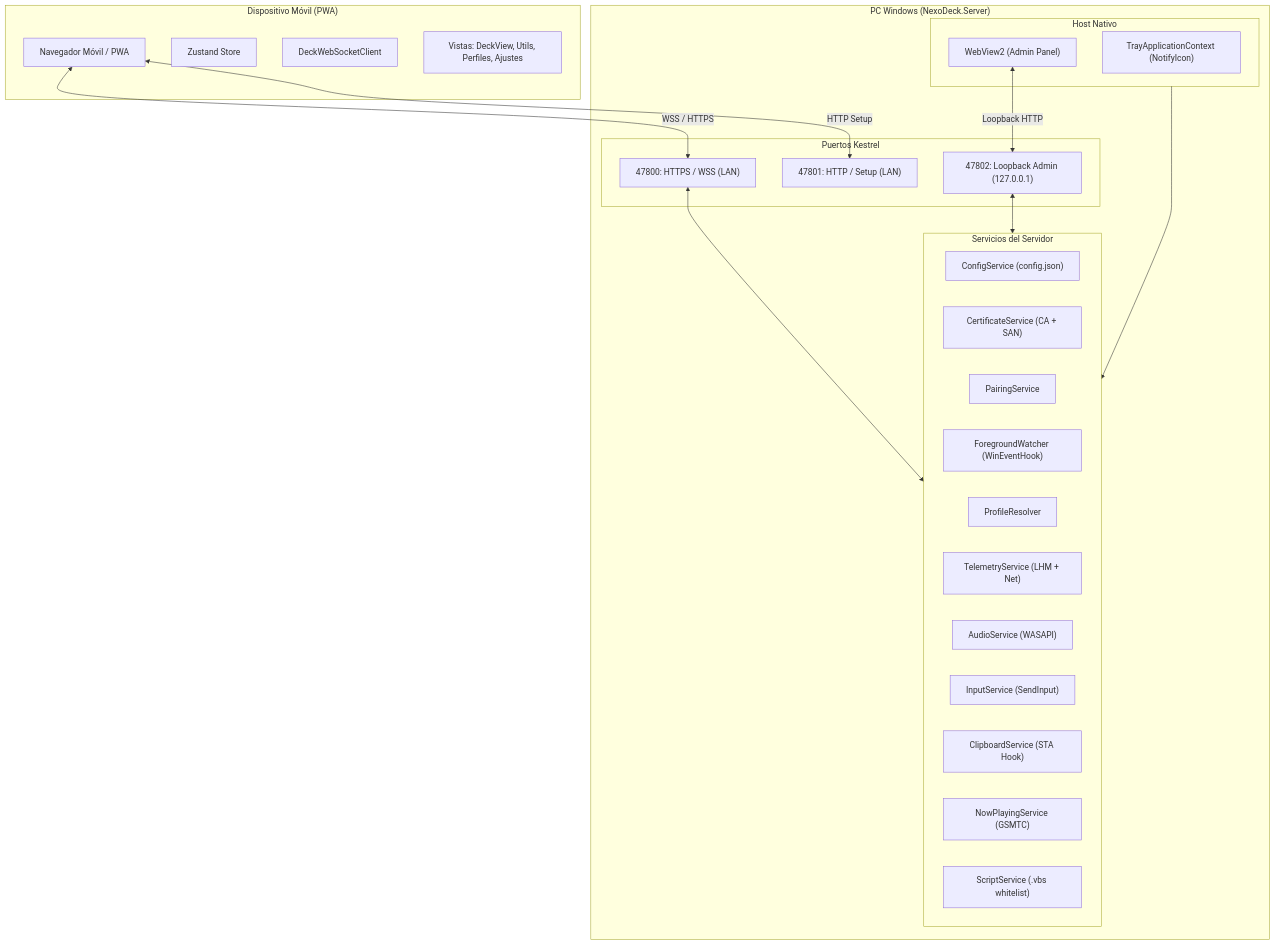
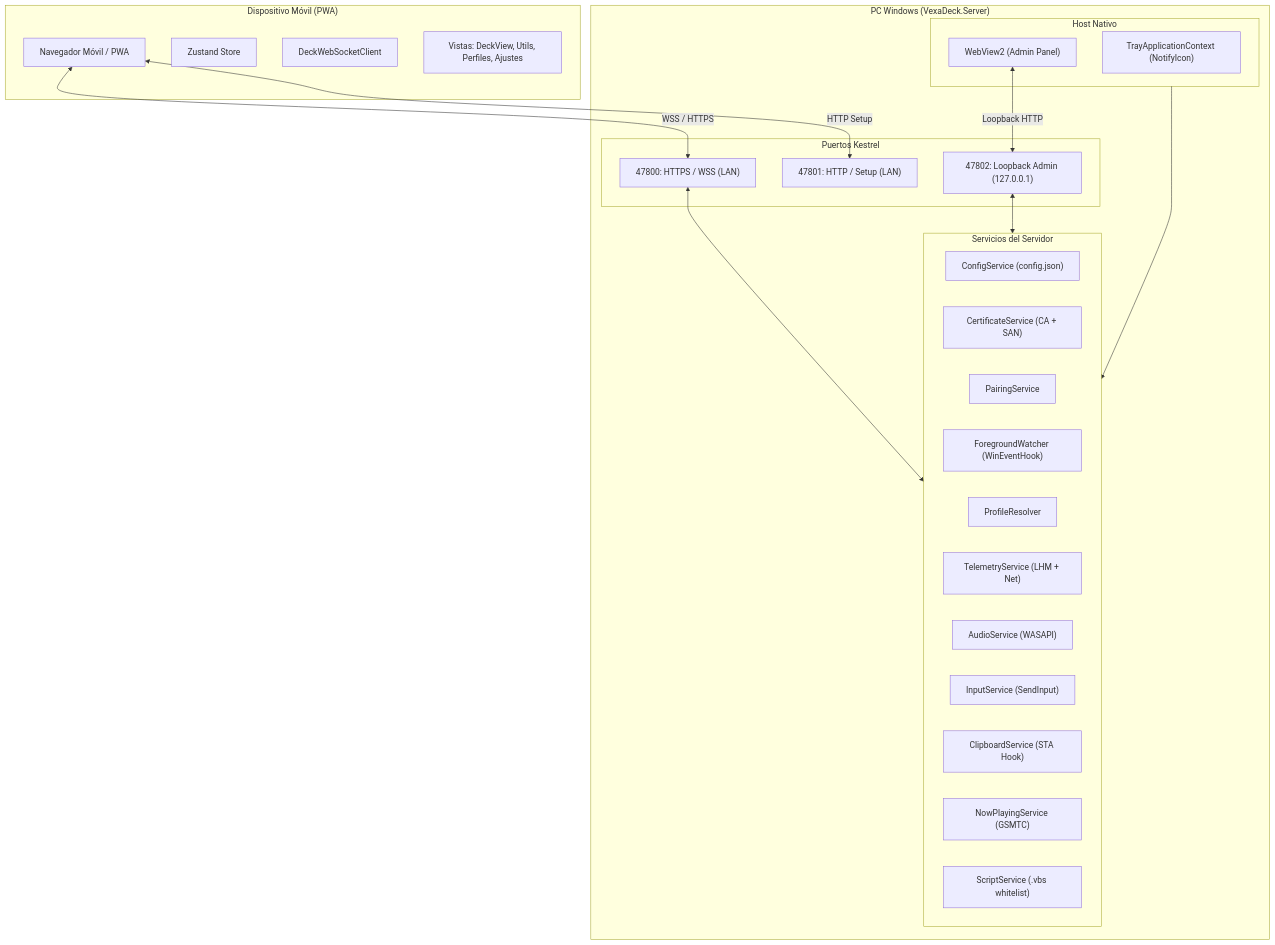
Before and after one commit to 8jnicolasj8/NexoDeck: the diagram in docs/ARQUITECTURA.md, drawn with Mermaid. The commit also changed other lines of this file and 294 other files, not shown here.

First line of the commit message:
Rebrand NexoDeck as VexaDeck and restart at 1.0.0

````diff
--- a/docs/ARQUITECTURA.md
+++ b/docs/ARQUITECTURA.md
@@ -5,44 +5,44 @@
 ```mermaid
 flowchart TD
-    subgraph PC["PC Windows (NexoDeck.Server)"]
+    subgraph PC["PC Windows (VexaDeck.Server)"]
         subgraph Ports["Puertos Kestrel"]
             P47800["47800: HTTPS / WSS (LAN)"]
             P47801["47801: HTTP / Setup (LAN)"]
             P47802["47802: Loopback Admin (127.0.0.1)"]
         end
 
         subgraph Core["Servicios del Servidor"]
             Config["ConfigService (config.json)"]
             Cert["CertificateService (CA + SAN)"]
             Pairing["PairingService"]
             Watcher["ForegroundWatcher (WinEventHook)"]
             Resolver["ProfileResolver"]
             Telemetry["TelemetryService (LHM + Net)"]
             Audio["AudioService (WASAPI)"]
             Input["InputService (SendInput)"]
             Clipboard["ClipboardService (STA Hook)"]
             NowPlaying["NowPlayingService (GSMTC)"]
             Scripts["ScriptService (.vbs whitelist)"]
         end
 
         subgraph Host["Host Nativo"]
             Tray["TrayApplicationContext (NotifyIcon)"]
             WebView["WebView2 (Admin Panel)"]
         end
     end
 
     subgraph Mobile["Dispositivo Móvil (PWA)"]
         Browser["Navegador Móvil / PWA"]
         DeckStore["Zustand Store"]
         DeckSocket["DeckWebSocketClient"]
         Views["Vistas: DeckView, Utils, Perfiles, Ajustes"]
     end
 
     Browser <-->|WSS / HTTPS| P47800
     Browser <-->|HTTP Setup| P47801
     WebView <-->|Loopback HTTP| P47802
 
     P47800 <--> Core
     P47802 <--> Core
     Host --> Core
 ```
````
